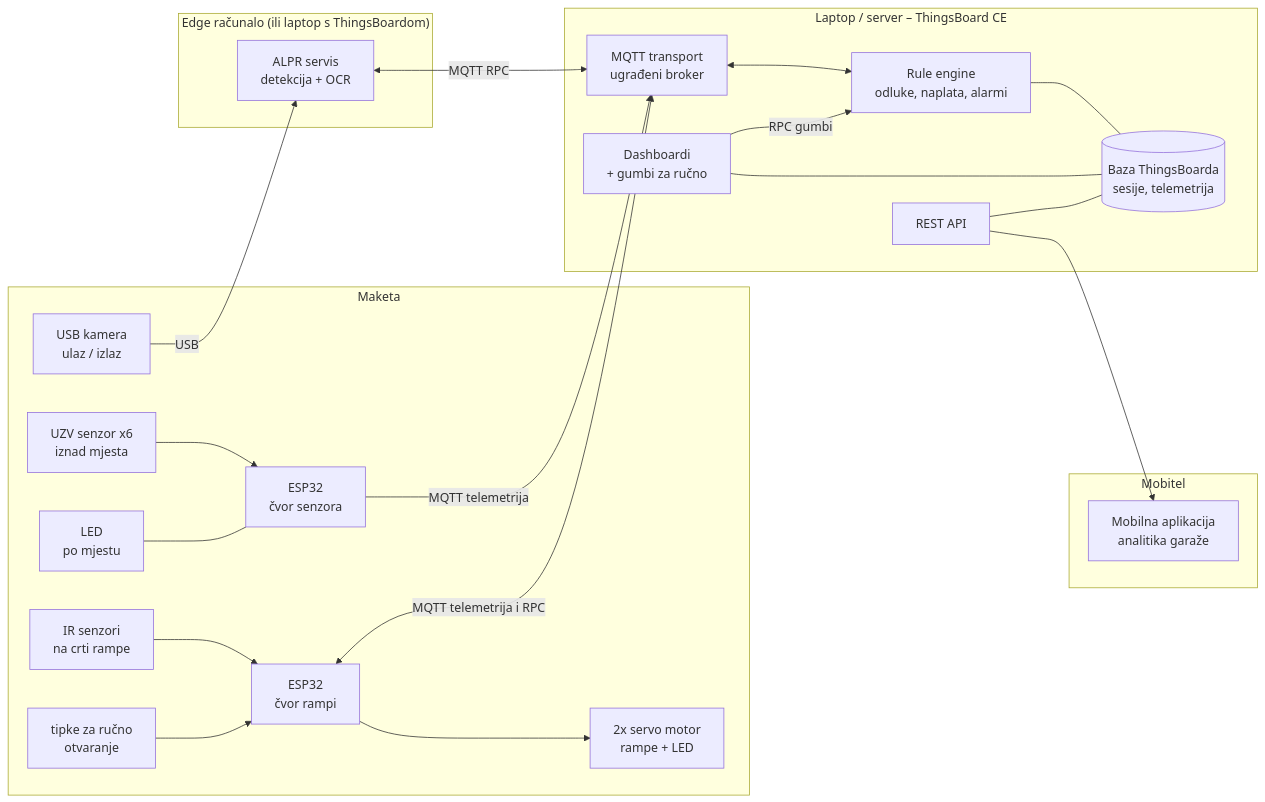
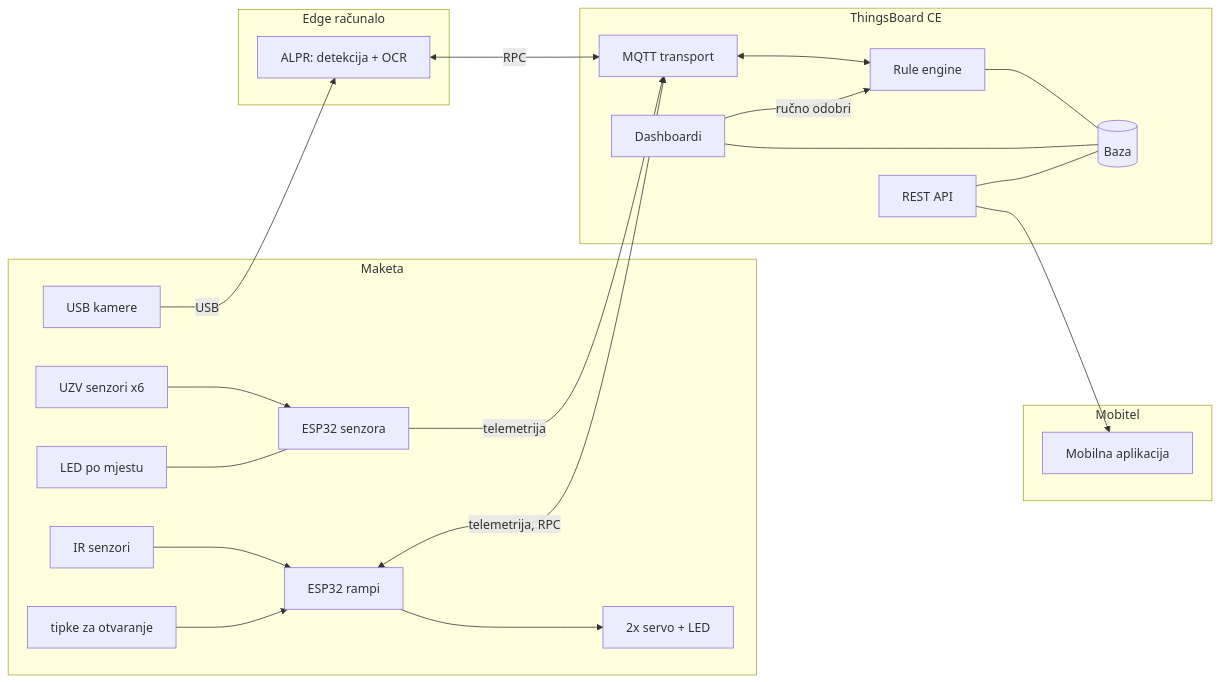
The fourth of 6 diagrams in PROJEKT/sustav/arhitektura.md (iampaviic/IoTGarage), drawn with Mermaid before and after one commit. The commit also changed other lines of this file, not shown here.

First line of the commit message:
Architecture: fix variant B flows, make diagram text fit

````diff
--- a/PROJEKT/sustav/arhitektura.md
+++ b/PROJEKT/sustav/arhitektura.md
@@ -176,38 +186,38 @@
 ```mermaid
 flowchart LR
   subgraph Maketa
-    S1[UZV senzor x6<br/>iznad mjesta] --> ESPS[ESP32<br/>čvor senzora]
-    LED[LED<br/>po mjestu] --- ESPS
-    IR[IR senzori<br/>na crti rampe] --> ESPR[ESP32<br/>čvor rampi]
-    BTN[tipke za ručno<br/>otvaranje] --> ESPR
-    ESPR --> SERVO[2x servo motor<br/>rampe + LED]
-    CAM[USB kamera<br/>ulaz / izlaz]
+    S1[UZV senzori x6] --> ESPS[ESP32 senzora]
+    LED[LED po mjestu] --- ESPS
+    IR[IR senzori] --> ESPR[ESP32 rampi]
+    BTN[tipke za otvaranje] --> ESPR
+    ESPR --> SERVO[2x servo + LED]
+    CAM[USB kamere]
   end
 
-  subgraph Edge["Edge računalo (ili laptop s ThingsBoardom)"]
-    ALPR[ALPR servis<br/>detekcija + OCR]
+  subgraph Edge["Edge računalo"]
+    ALPR["ALPR: detekcija + OCR"]
   end
 
-  subgraph Oblak["Laptop / server – ThingsBoard CE"]
-    MQ[MQTT transport<br/>ugrađeni broker]
-    RE[Rule engine<br/>odluke, naplata, alarmi]
-    TDB[(Baza ThingsBoarda<br/>sesije, telemetrija)]
-    DASH[Dashboardi<br/>+ gumbi za ručno]
+  subgraph TB["ThingsBoard CE"]
+    MQ[MQTT transport]
+    RE[Rule engine]
+    TDB[(Baza)]
+    DASH[Dashboardi]
     API[REST API]
   end
 
   subgraph Mobitel
-    APP[Mobilna aplikacija<br/>analitika garaže]
+    APP[Mobilna aplikacija]
   end
 
-  ESPS -- MQTT telemetrija --> MQ
-  ESPR <-- MQTT telemetrija i RPC --> MQ
+  ESPS -- telemetrija --> MQ
+  ESPR <-- telemetrija, RPC --> MQ
   CAM -- USB --> ALPR
-  ALPR <-- MQTT RPC --> MQ
+  ALPR <-- RPC --> MQ
   MQ <--> RE
   RE --- TDB
   DASH --- TDB
-  DASH -- RPC gumbi --> RE
+  DASH -- ručno odobri --> RE
   API --- TDB
   API --> APP
 ```
````
